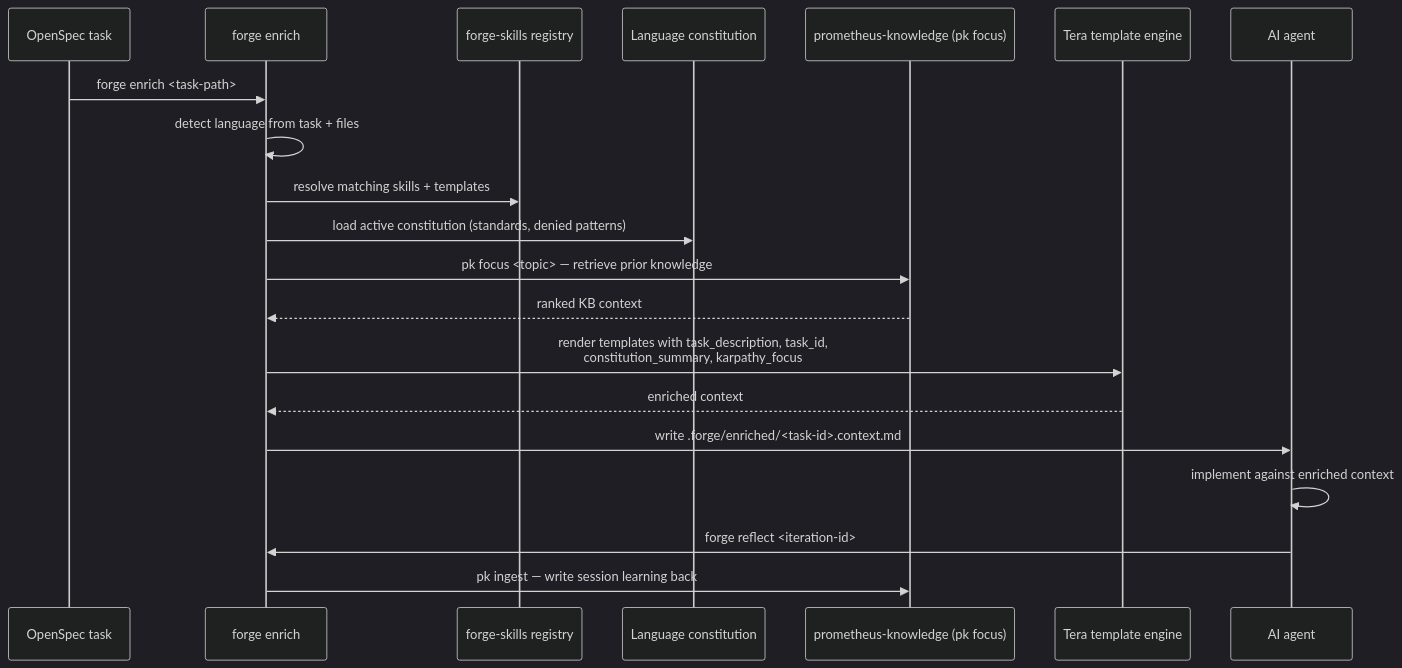
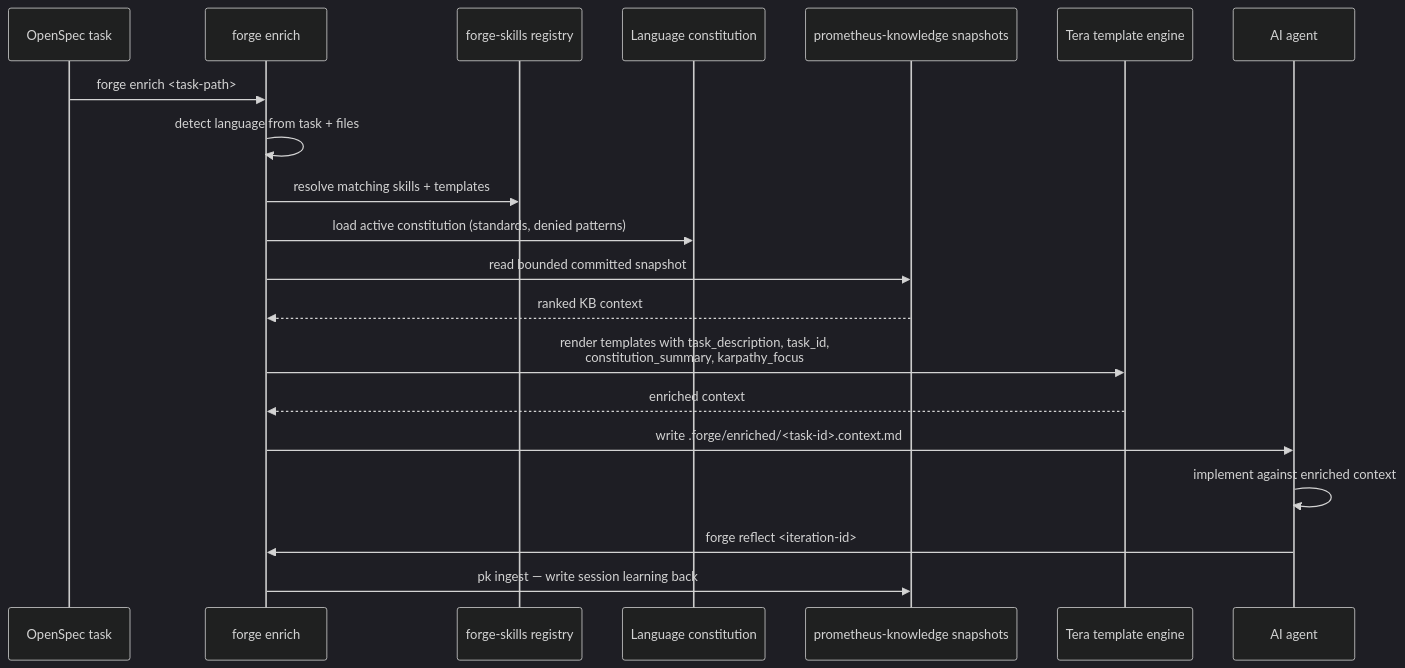
One commit to Prometheus-AGS/prometheus-skill-system changed the second of 3 diagrams in docs/guide/04-four-layer-pipeline.md. Above: the diagram before and after it, drawn with Mermaid (dark theme). The commit also changed other lines of this file and 100 other files, not shown here.

````diff
--- a/docs/guide/04-four-layer-pipeline.md
+++ b/docs/guide/04-four-layer-pipeline.md
@@ -47,23 +47,23 @@
 ```mermaid
 sequenceDiagram
     participant Task as OpenSpec task
     participant Forge as forge enrich
     participant Skills as forge-skills registry
     participant Const as Language constitution
-    participant PK as prometheus-knowledge (pk focus)
+    participant PK as prometheus-knowledge snapshots
     participant Tera as Tera template engine
     participant Agent as AI agent
 
     Task->>Forge: forge enrich <task-path>
     Forge->>Forge: detect language from task + files
     Forge->>Skills: resolve matching skills + templates
     Forge->>Const: load active constitution (standards, denied patterns)
-    Forge->>PK: pk focus <topic> — retrieve prior knowledge
+    Forge->>PK: read bounded committed snapshot
     PK-->>Forge: ranked KB context
     Forge->>Tera: render templates with task_description, task_id,<br/>constitution_summary, karpathy_focus
     Tera-->>Forge: enriched context
     Forge->>Agent: write .forge/enriched/<task-id>.context.md
     Agent->>Agent: implement against enriched context
     Agent->>Forge: forge reflect <iteration-id>
     Forge->>PK: pk ingest — write session learning back
 ```
````
